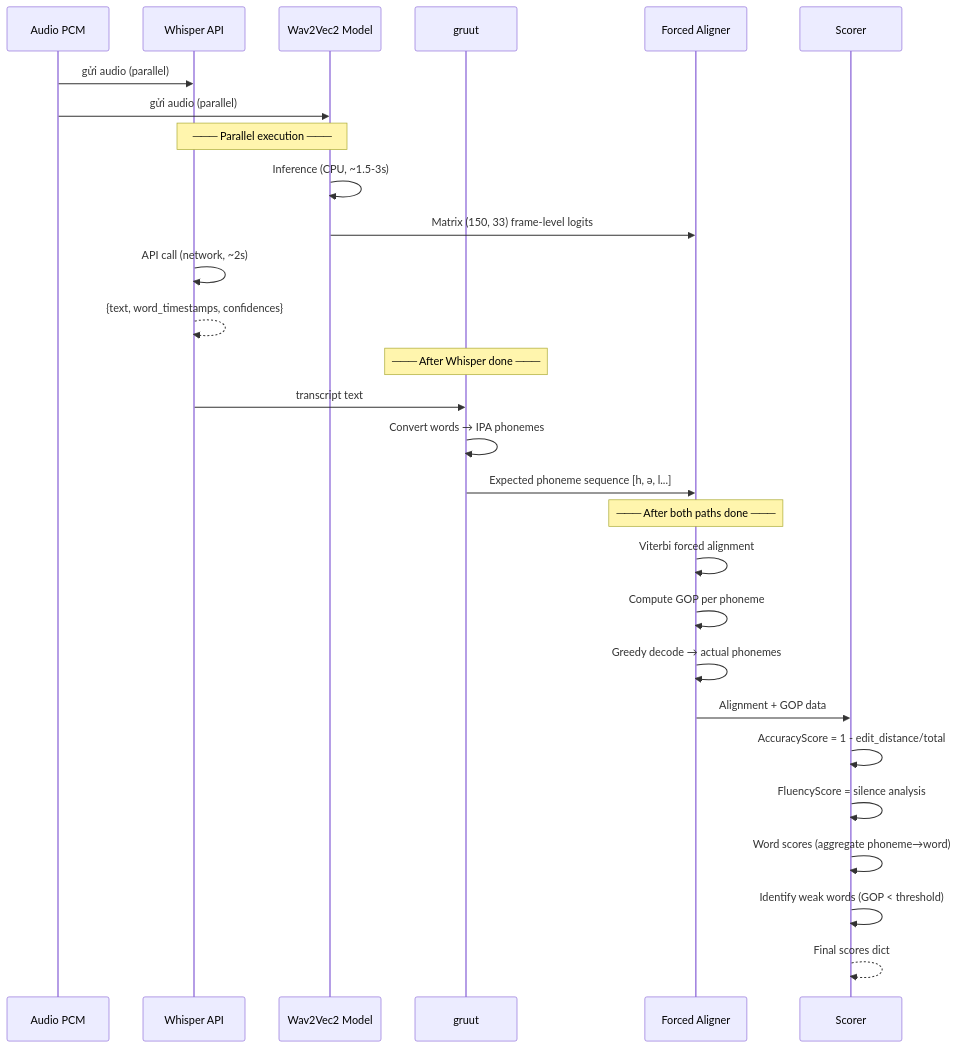
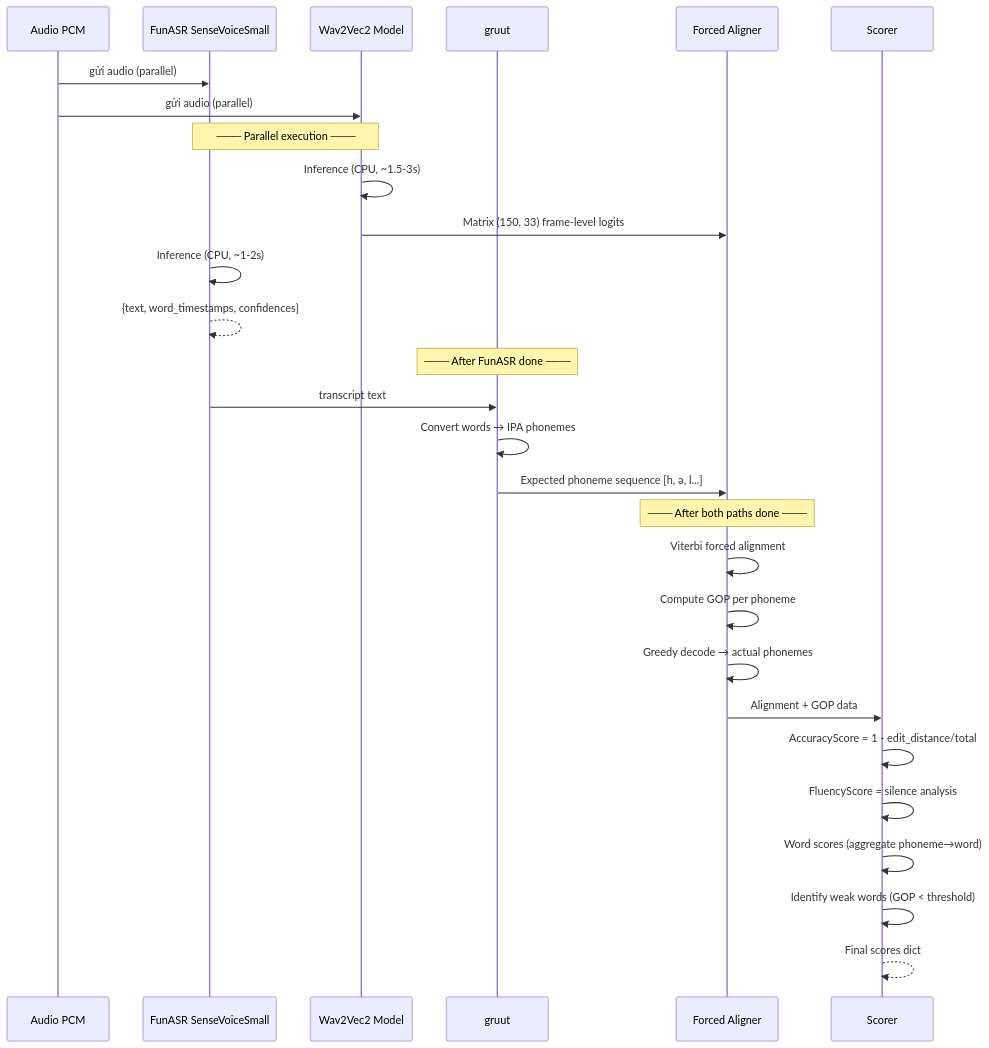
The third of 3 diagrams in docs/pronunciation-workflow.md (bexanhtuoi/E-Room), drawn with Mermaid before and after one commit. The commit also changed other lines of this file and 17 other files, not shown here.

First line of the commit message:
feat: remove celery, sync mic mute with audio capture, update docs to match actual architecture

````diff
--- a/docs/pronunciation-workflow.md
+++ b/docs/pronunciation-workflow.md
@@ -62,39 +106,39 @@
 ```mermaid
 sequenceDiagram
     participant Audio as Audio PCM
-    participant Whisper as Whisper API
+    participant FunASR as FunASR SenseVoiceSmall
     participant W2V as Wav2Vec2 Model
     participant Gruut as gruut
     participant Aligner as Forced Aligner
     participant Scorer as Scorer
     
-    Audio->>Whisper: gửi audio (parallel)
+    Audio->>FunASR: gửi audio (parallel)
     Audio->>W2V: gửi audio (parallel)
     
-    Note over Whisper,W2V: ─── Parallel execution ───
+    Note over FunASR,W2V: ─── Parallel execution ───
     
     W2V->>W2V: Inference (CPU, ~1.5-3s)
     W2V->>Aligner: Matrix (150, 33) frame-level logits
     
-    Whisper->>Whisper: API call (network, ~2s)
-    Whisper-->>Whisper: {text, word_timestamps, confidences}
-    
-    Note over Gruut: ─── After Whisper done ───
-    Whisper->>Gruut: transcript text
+    FunASR->>FunASR: Inference (CPU, ~1-2s)
+    FunASR-->>FunASR: {text, word_timestamps, confidences}
+
+    Note over Gruut: ─── After FunASR done ───
+    FunASR->>Gruut: transcript text
     Gruut->>Gruut: Convert words → IPA phonemes
     Gruut->>Aligner: Expected phoneme sequence [h, ə, l...]
     
     Note over Aligner: ─── After both paths done ───
     Aligner->>Aligner: Viterbi forced alignment
     Aligner->>Aligner: Compute GOP per phoneme
     Aligner->>Aligner: Greedy decode → actual phonemes
     
     Aligner->>Scorer: Alignment + GOP data
     
     Scorer->>Scorer: AccuracyScore = 1 - edit_distance/total
     Scorer->>Scorer: FluencyScore = silence analysis
     Scorer->>Scorer: Word scores (aggregate phoneme→word)
     Scorer->>Scorer: Identify weak words (GOP < threshold)
     
     Scorer-->>Scorer: Final scores dict
 ```
````
